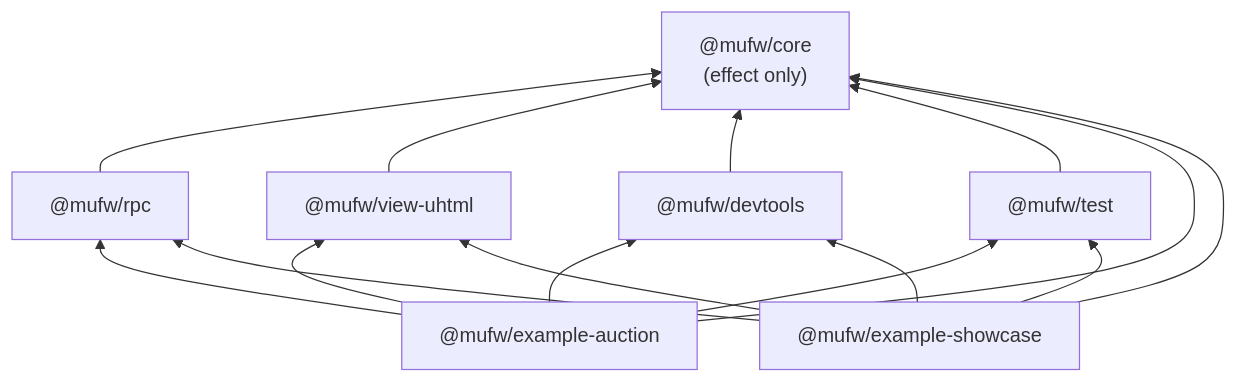
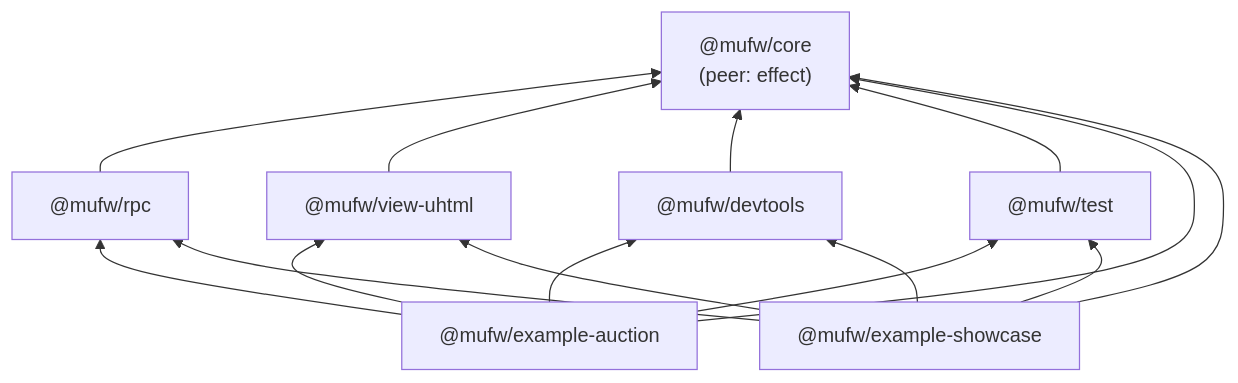
One commit to Trebh/microfw changed the second of 2 diagrams in docs/ARCHITECTURE.md. Above: the diagram before and after it, drawn with Mermaid. The commit also changed other lines of this file and 24 other files, not shown here.

````diff
--- a/docs/ARCHITECTURE.md
+++ b/docs/ARCHITECTURE.md
@@ -58,10 +58,10 @@
 ```mermaid
 flowchart BT
-  core["@mufw/core<br/>(effect only)"]
+  core["@mufw/core<br/>(peer: effect)"]
   rpc["@mufw/rpc"] --> core
   view["@mufw/view-uhtml"] --> core
   devtools["@mufw/devtools"] --> core
   test["@mufw/test"] --> core
   example["@mufw/example-auction"] --> rpc & view & devtools & test & core
   showcase["@mufw/example-showcase"] --> rpc & view & devtools & test & core
 ```
````
